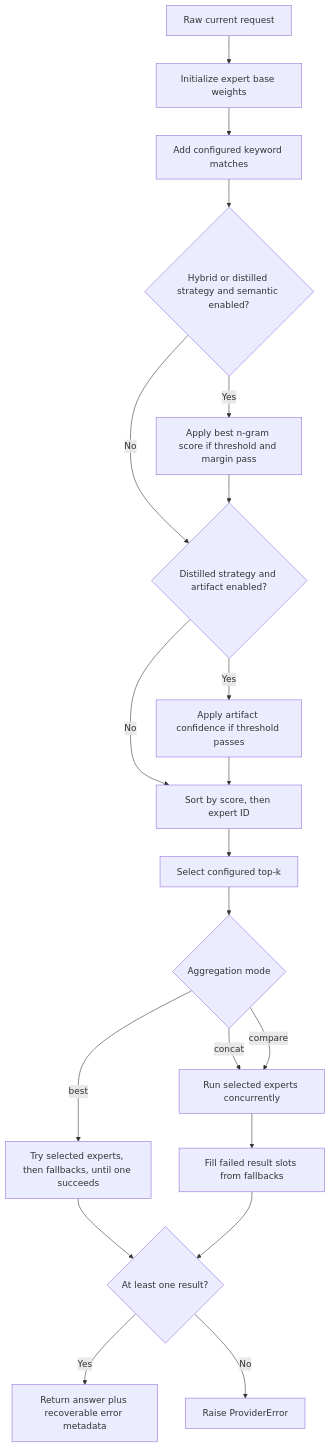
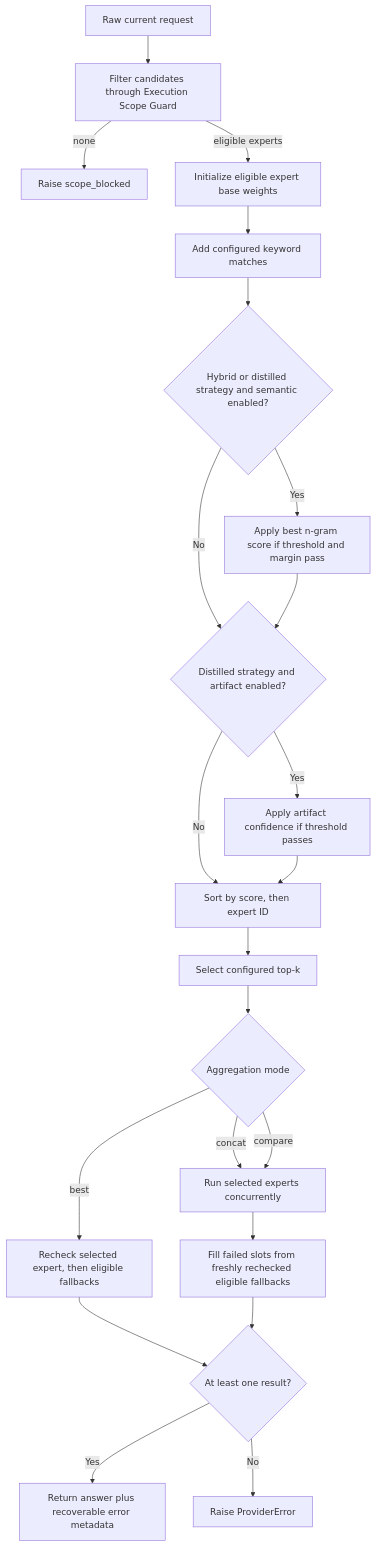
One commit to aantenore/myMoE changed the fifth of 8 diagrams in docs/how-it-works/README.md. Above: the diagram before and after it, drawn with Mermaid. The commit also changed other lines of this file and 19 other files, not shown here.

Commit message:
docs: define execution scope contract

````diff
--- a/docs/how-it-works/README.md
+++ b/docs/how-it-works/README.md
@@ -230,22 +252,24 @@
 ```mermaid
 flowchart TD
-    Prompt["Raw current request"] --> Base["Initialize expert base weights"]
+    Prompt["Raw current request"] --> Eligible["Filter candidates through Execution Scope Guard"]
+    Eligible -->|"none"| ScopeBlocked["Raise scope_blocked"]
+    Eligible -->|"eligible experts"| Base["Initialize eligible expert base weights"]
     Base --> Keywords["Add configured keyword matches"]
     Keywords --> Semantic{"Hybrid or distilled strategy and semantic enabled?"}
     Semantic -->|"Yes"| SemScore["Apply best n-gram score if threshold and margin pass"]
     Semantic -->|"No"| Distilled
     SemScore --> Distilled{"Distilled strategy and artifact enabled?"}
     Distilled -->|"Yes"| Classifier["Apply artifact confidence if threshold passes"]
     Distilled -->|"No"| Rank
     Classifier --> Rank["Sort by score, then expert ID"]
     Rank --> TopK["Select configured top-k"]
     TopK --> Aggregation{"Aggregation mode"}
-    Aggregation -->|"best"| Best["Try selected experts, then fallbacks, until one succeeds"]
+    Aggregation -->|"best"| Best["Recheck selected expert, then eligible fallbacks"]
     Aggregation -->|"concat"| Many["Run selected experts concurrently"]
     Aggregation -->|"compare"| Many
-    Many --> Fill["Fill failed result slots from fallbacks"]
+    Many --> Fill["Fill failed slots from freshly rechecked eligible fallbacks"]
     Best --> Result{"At least one result?"}
     Fill --> Result
     Result -->|"Yes"| Output["Return answer plus recoverable error metadata"]
     Result -->|"No"| Failure["Raise ProviderError"]
 ```
````
